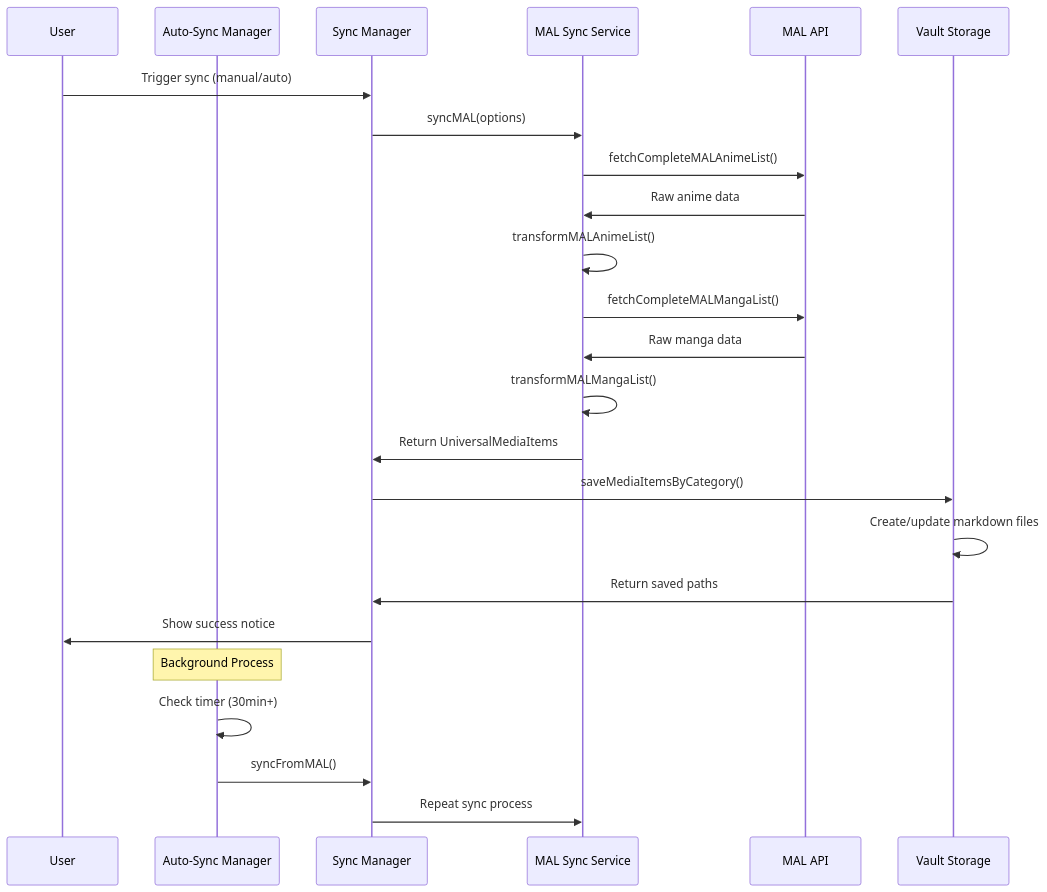
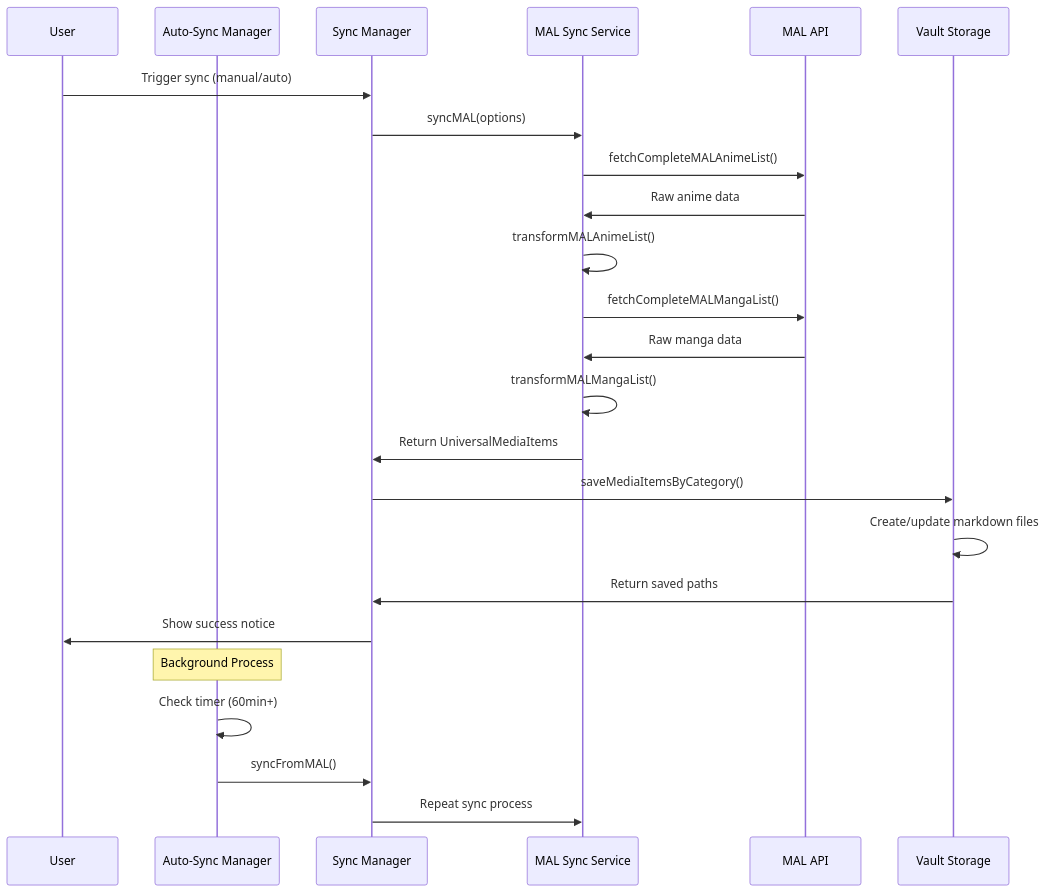
One commit to zara-kasi/obsidian-myanimenotes changed the diagram in docs/sync-mechanism.md. Above: the diagram before and after it, drawn with Mermaid. The commit also changed other lines of this file, not shown here.

````diff
--- a/docs/sync-mechanism.md
+++ b/docs/sync-mechanism.md
@@ -11,28 +11,28 @@
 ```mermaid
 sequenceDiagram
     participant User
     participant AutoSync as Auto-Sync Manager
     participant SyncMgr as Sync Manager
     participant MALSync as MAL Sync Service
     participant API as MAL API
     participant Storage as Vault Storage
     
     User->>SyncMgr: Trigger sync (manual/auto)
     SyncMgr->>MALSync: syncMAL(options)
     MALSync->>API: fetchCompleteMALAnimeList()
     API->>MALSync: Raw anime data
     MALSync->>MALSync: transformMALAnimeList()
     MALSync->>API: fetchCompleteMALMangaList()
     API->>MALSync: Raw manga data
     MALSync->>MALSync: transformMALMangaList()
     MALSync->>SyncMgr: Return UniversalMediaItems
     SyncMgr->>Storage: saveMediaItemsByCategory()
     Storage->>Storage: Create/update markdown files
     Storage->>SyncMgr: Return saved paths
     SyncMgr->>User: Show success notice
     
     Note over AutoSync: Background Process
-    AutoSync->>AutoSync: Check timer (30min+)
+    AutoSync->>AutoSync: Check timer (60min+)
     AutoSync->>SyncMgr: syncFromMAL()
     SyncMgr->>MALSync: Repeat sync process
 ```
````
